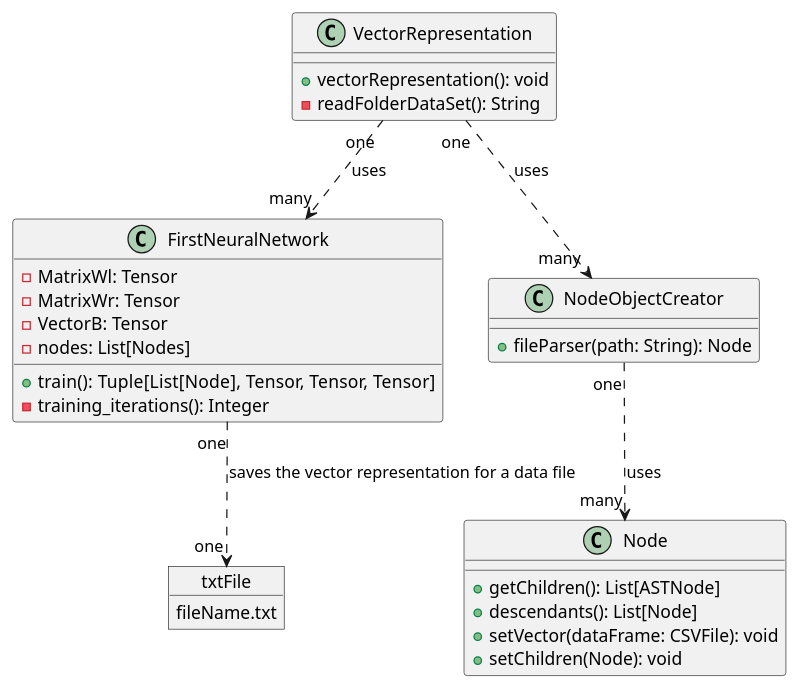
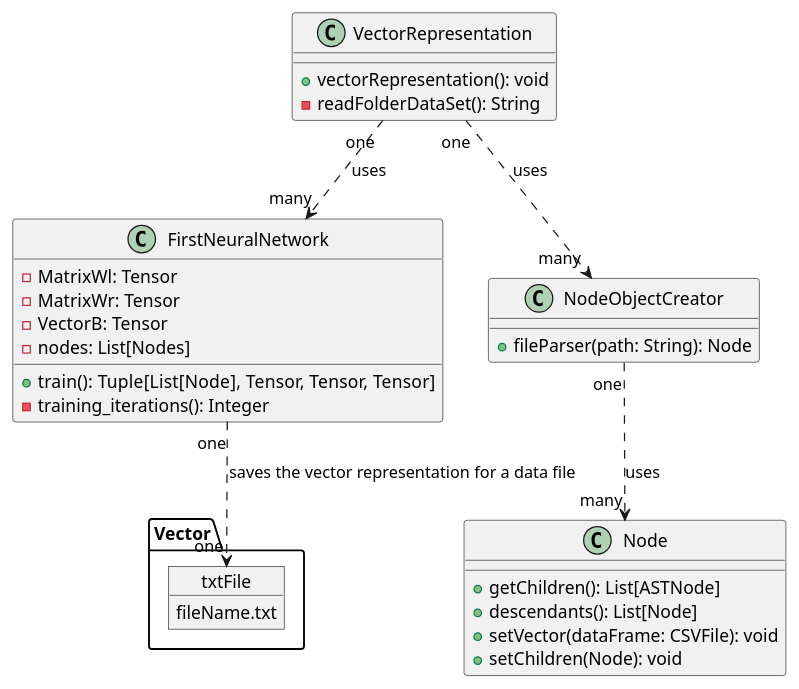
One commit to a-domingu/tbcnn2 changed the diagram in documentation/class_diagrams/vector_representation.puml. Above: the diagram before and after it, drawn with PlantUML. The commit also changed 7 other files, not shown here.

Commit message:
We modify the class diagrams and we add information in the markdowns.

```diff
--- a/documentation/class_diagrams/vector_representation.puml
+++ b/documentation/class_diagrams/vector_representation.puml
@@ -1,44 +1,46 @@
 @startuml Vector_representation-model
 
 class VectorRepresentation {
     + vectorRepresentation(): void
     - readFolderDataSet(): String
 }
 
 
 class FirstNeuralNetwork {
     - MatrixWl: Tensor
     - MatrixWr: Tensor
     - VectorB: Tensor
     - nodes: List[Nodes]
     + train(): Tuple[List[Node], Tensor, Tensor, Tensor]
     - training_iterations(): Integer
 }
 
 
 class Node {
 
     + getChildren(): List[ASTNode]
     + descendants(): List[Node]
     + setVector(dataFrame: CSVFile): void
     + setChildren(Node): void
 }
 
 
 class NodeObjectCreator {
     + fileParser(path: String): Node
 }
 
-object txtFile {
-    fileName.txt
+package Vector <<Folder>> {
+    object txtFile {
+        fileName.txt
+    }
 }
 
 
 VectorRepresentation "one" ..> "many" FirstNeuralNetwork : uses
 VectorRepresentation "one" ..> "many" NodeObjectCreator : uses
 NodeObjectCreator "one"..> "many" Node : uses
 
 FirstNeuralNetwork "one" ..> "one" txtFile: saves the vector representation for a data file
 
 
 @enduml
```
